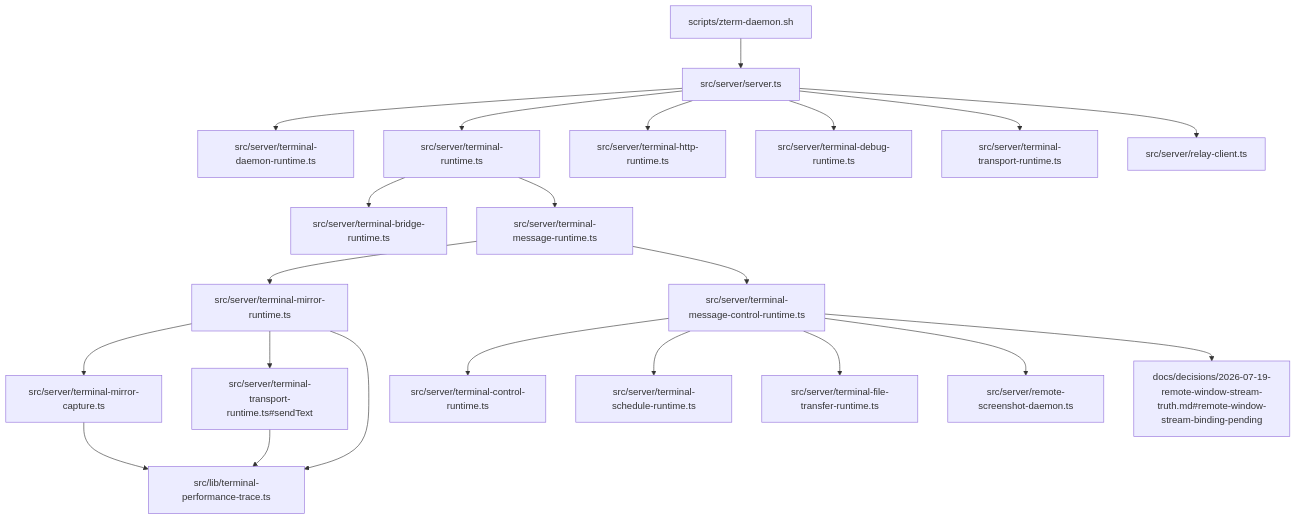
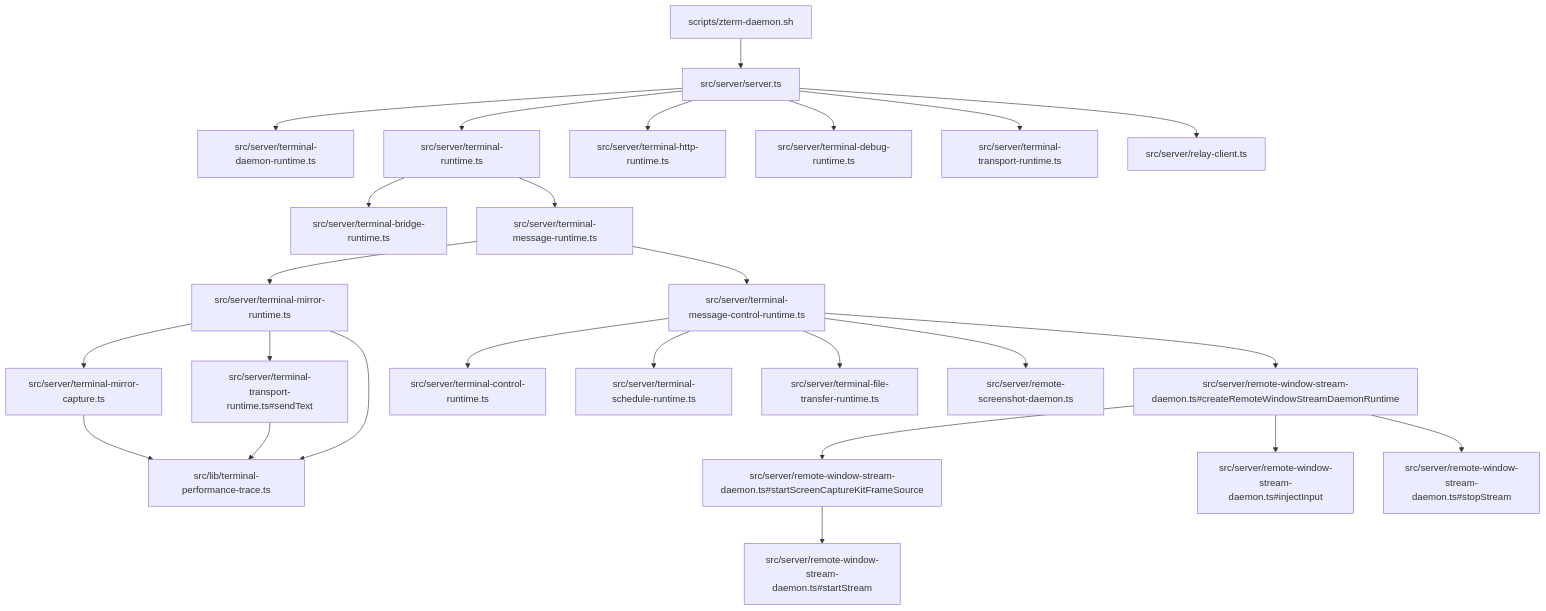
The third of 5 diagrams in android/docs/wiki/mainline-source.md (Jasonzhangf/zterm), drawn with Mermaid before and after one commit. The commit also changed other lines of this file and 74 other files, not shown here.

Commit message:
feat(android): complete remote window stream

````diff
--- a/android/docs/wiki/mainline-source.md
+++ b/android/docs/wiki/mainline-source.md
@@ -75,24 +80,28 @@
 ```mermaid
 flowchart TD
   CLI["scripts/zterm-daemon.sh"] --> Server["src/server/server.ts"]
   Server --> DaemonRuntime["src/server/terminal-daemon-runtime.ts"]
   Server --> Runtime["src/server/terminal-runtime.ts"]
   Runtime --> Bridge["src/server/terminal-bridge-runtime.ts"]
   Runtime --> Message["src/server/terminal-message-runtime.ts"]
   Message --> Mirror["src/server/terminal-mirror-runtime.ts"]
   Mirror --> Capture["src/server/terminal-mirror-capture.ts"]
   Mirror --> TransportSend["src/server/terminal-transport-runtime.ts#sendText"]
   Capture --> PerformanceTrace["src/lib/terminal-performance-trace.ts"]
   Mirror --> PerformanceTrace
   TransportSend --> PerformanceTrace
   Message --> Control["src/server/terminal-message-control-runtime.ts"]
   Control --> Tmux["src/server/terminal-control-runtime.ts"]
   Control --> Schedule["src/server/terminal-schedule-runtime.ts"]
   Control --> Transfer["src/server/terminal-file-transfer-runtime.ts"]
   Control --> Screenshot["src/server/remote-screenshot-daemon.ts"]
-  Control --> RemoteWindowStream["docs/decisions/2026-07-19-remote-window-stream-truth.md#remote-window-stream-binding-pending"]
+  Control --> RemoteWindowStream["src/server/remote-window-stream-daemon.ts#createRemoteWindowStreamDaemonRuntime"]
+  RemoteWindowStream --> RemoteWindowCapture["src/server/remote-window-stream-daemon.ts#startScreenCaptureKitFrameSource"]
+  RemoteWindowCapture --> RemoteWindowMedia["src/server/remote-window-stream-daemon.ts#startStream"]
+  RemoteWindowStream --> RemoteWindowInput["src/server/remote-window-stream-daemon.ts#injectInput"]
+  RemoteWindowStream --> RemoteWindowCleanup["src/server/remote-window-stream-daemon.ts#stopStream"]
   Server --> Http["src/server/terminal-http-runtime.ts"]
   Server --> Debug["src/server/terminal-debug-runtime.ts"]
   Server --> Transport["src/server/terminal-transport-runtime.ts"]
   Server --> Relay["src/server/relay-client.ts"]
 ```
````
